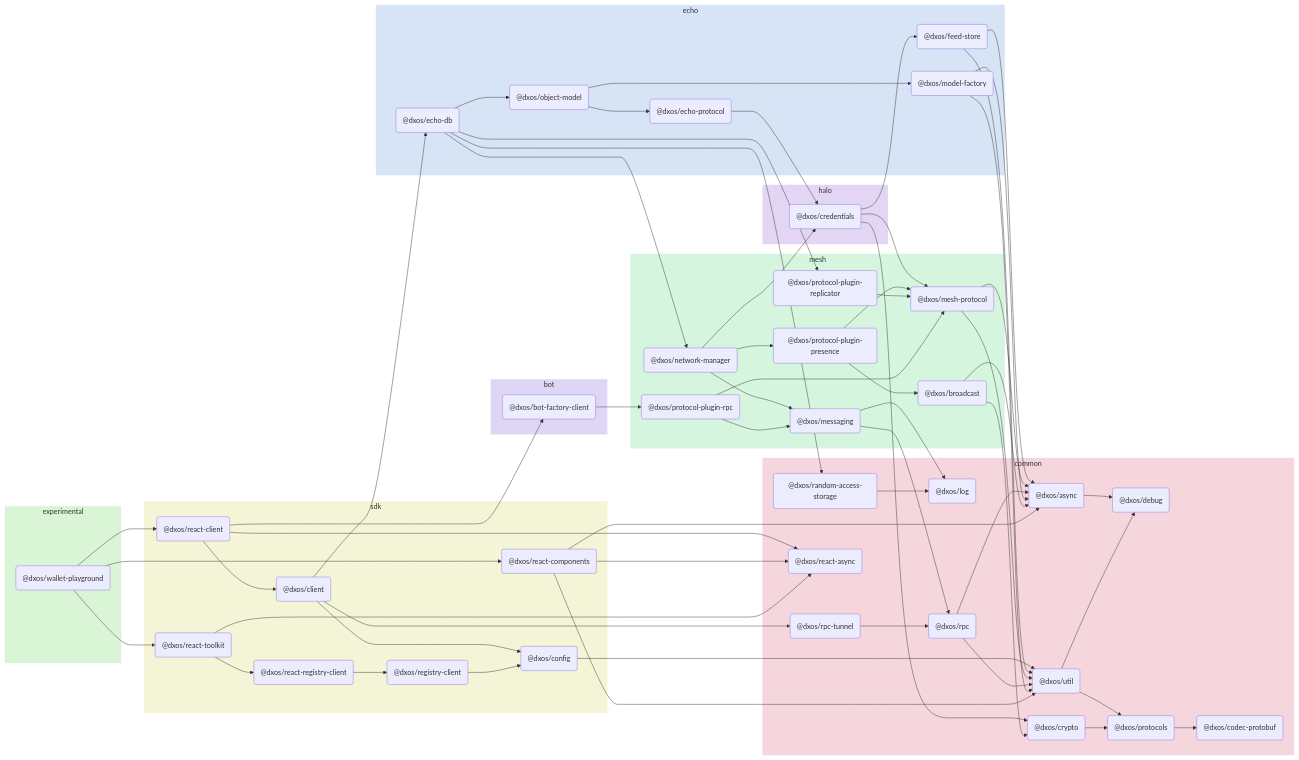
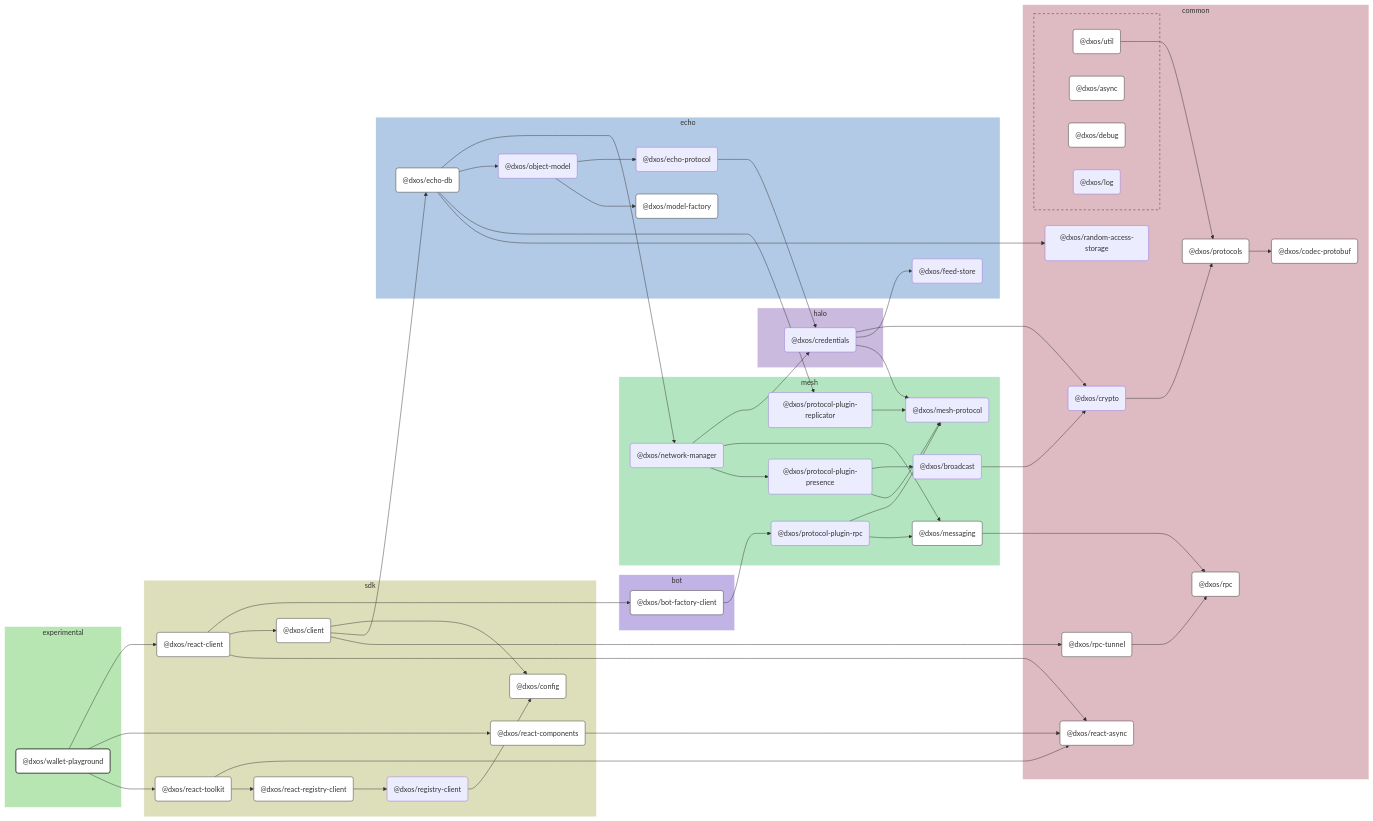
One commit to dxos/dxos changed the diagram in apps/experimental/wallet-playground/docs/README.md. Above: the diagram before and after it, drawn with Mermaid. The commit also changed other lines of this file and 109 other files, not shown here.

````diff
--- a/apps/experimental/wallet-playground/docs/README.md
+++ b/apps/experimental/wallet-playground/docs/README.md
@@ -5,120 +7,167 @@
 ```mermaid
-flowchart LR;
+%%{ init: {'flowchart':{'curve':'basis'}} }%%
 
+flowchart LR
+
+%% Links
+dxos/bot-factory-client --> dxos/protocol-plugin-rpc;
+dxos/broadcast --> dxos/crypto;
+dxos/client --> dxos/config;
+dxos/client --> dxos/echo-db;
+dxos/client --> dxos/rpc-tunnel;
+dxos/credentials --> dxos/crypto;
+dxos/credentials --> dxos/feed-store;
+dxos/credentials --> dxos/mesh-protocol;
+dxos/crypto --> dxos/protocols;
+dxos/echo-db --> dxos/network-manager;
+dxos/echo-db --> dxos/object-model;
+dxos/echo-db --> dxos/protocol-plugin-replicator;
+dxos/echo-db --> dxos/random-access-storage;
+dxos/echo-protocol --> dxos/credentials;
+dxos/messaging --> dxos/rpc;
+dxos/network-manager --> dxos/credentials;
+dxos/network-manager --> dxos/messaging;
+dxos/network-manager --> dxos/protocol-plugin-presence;
+dxos/object-model --> dxos/echo-protocol;
+dxos/object-model --> dxos/model-factory;
+dxos/protocol-plugin-presence --> dxos/broadcast;
+dxos/protocol-plugin-presence --> dxos/mesh-protocol;
+dxos/protocol-plugin-replicator --> dxos/mesh-protocol;
+dxos/protocol-plugin-rpc --> dxos/mesh-protocol;
+dxos/protocol-plugin-rpc --> dxos/messaging;
+dxos/protocols --> dxos/codec-protobuf;
+dxos/react-client --> dxos/bot-factory-client;
+dxos/react-client --> dxos/client;
+dxos/react-client --> dxos/react-async;
+dxos/react-components --> dxos/react-async;
+dxos/react-registry-client --> dxos/registry-client;
+dxos/react-toolkit --> dxos/react-async;
+dxos/react-toolkit --> dxos/react-registry-client;
+dxos/registry-client --> dxos/config;
+dxos/rpc-tunnel --> dxos/rpc;
+dxos/util --> dxos/protocols;
+dxos/wallet-playground --> dxos/react-client;
+dxos/wallet-playground --> dxos/react-components;
+dxos/wallet-playground --> dxos/react-toolkit;
+
+%% Sections
 subgraph experimental
-  style experimental fill:#d9f5d6,stroke:#fff;
-  dxos/wallet-playground("@dxos/wallet-playground");
+  style experimental fill:#b8e6b3,stroke:#fff;
+
+  dxos/wallet-playground("@dxos/wallet-playground")
 end
 
 subgraph sdk
-  style sdk fill:#f4f5d6,stroke:#fff;
-  dxos/client("@dxos/client");
-  dxos/config("@dxos/config");
-  dxos/react-client("@dxos/react-client");
-  dxos/react-components("@dxos/react-components");
-  dxos/react-toolkit("@dxos/react-toolkit");
-  dxos/react-registry-client("@dxos/react-registry-client");
-  dxos/registry-client("@dxos/registry-client");
+  style sdk fill:#dddeba,stroke:#fff;
+
+  dxos/client("@dxos/client")
+  dxos/config("@dxos/config")
+  dxos/react-client("@dxos/react-client")
+  dxos/react-components("@dxos/react-components")
+  dxos/react-registry-client("@dxos/react-registry-client")
+  dxos/react-toolkit("@dxos/react-toolkit")
+  dxos/registry-client("@dxos/registry-client")
 end
 
 subgraph common
-  style common fill:#f5d6dd,stroke:#fff;
-  dxos/async("@dxos/async");
-  dxos/debug("@dxos/debug");
-  dxos/codec-protobuf("@dxos/codec-protobuf");
-  dxos/protocols("@dxos/protocols");
-  dxos/util("@dxos/util");
-  dxos/log("@dxos/log");
-  dxos/crypto("@dxos/crypto");
-  dxos/rpc("@dxos/rpc");
-  dxos/random-access-storage("@dxos/random-access-storage");
-  dxos/rpc-tunnel("@dxos/rpc-tunnel");
-  dxos/react-async("@dxos/react-async");
+  style common fill:#debac2,stroke:#fff;
+
+  dxos/codec-protobuf("@dxos/codec-protobuf")
+  dxos/crypto("@dxos/crypto")
+  dxos/protocols("@dxos/protocols")
+  dxos/random-access-storage("@dxos/random-access-storage")
+  dxos/react-async("@dxos/react-async")
+  dxos/rpc("@dxos/rpc")
+  dxos/rpc-tunnel("@dxos/rpc-tunnel")
+
+  subgraph common-excluded [ ]
+    style common-excluded fill:#debac2,stroke:#333,stroke-dasharray:5 5;
+
+    dxos/async("@dxos/async")
+    dxos/debug("@dxos/debug")
+    dxos/log("@dxos/log")
+    dxos/util("@dxos/util")
+  end
 end
 
 subgraph echo
-  style echo fill:#d6e4f5,stroke:#fff;
-  dxos/echo-db("@dxos/echo-db");
-  dxos/feed-store("@dxos/feed-store");
-  dxos/echo-protocol("@dxos/echo-protocol");
-  dxos/model-factory("@dxos/model-factory");
-  dxos/object-model("@dxos/object-model");
+  style echo fill:#b3cae6,stroke:#fff;
+
+  dxos/echo-db("@dxos/echo-db")
+  dxos/echo-protocol("@dxos/echo-protocol")
+  dxos/feed-store("@dxos/feed-store")
+  dxos/model-factory("@dxos/model-factory")
+  dxos/object-model("@dxos/object-model")
 end
 
 subgraph halo
-  style halo fill:#e3d6f5,stroke:#fff;
-  dxos/credentials("@dxos/credentials");
+  style halo fill:#cabade,stroke:#fff;
+
+  dxos/credentials("@dxos/credentials")
 end
 
 subgraph mesh
-  style mesh fill:#d6f5de,stroke:#fff;
-  dxos/mesh-protocol("@dxos/mesh-protocol");
-  dxos/messaging("@dxos/messaging");
-  dxos/network-manager("@dxos/network-manager");
-  dxos/protocol-plugin-presence("@dxos/protocol-plugin-presence");
-  dxos/broadcast("@dxos/broadcast");
-  dxos/protocol-plugin-replicator("@dxos/protocol-plugin-replicator");
-  dxos/protocol-plugin-rpc("@dxos/protocol-plugin-rpc");
+  style mesh fill:#b3e6c0,stroke:#fff;
+
+  dxos/broadcast("@dxos/broadcast")
+  dxos/mesh-protocol("@dxos/mesh-protocol")
+  dxos/messaging("@dxos/messaging")
+  dxos/network-manager("@dxos/network-manager")
+  dxos/protocol-plugin-presence("@dxos/protocol-plugin-presence")
+  dxos/protocol-plugin-replicator("@dxos/protocol-plugin-replicator")
+  dxos/protocol-plugin-rpc("@dxos/protocol-plugin-rpc")
 end
 
 subgraph bot
-  style bot fill:#dfd6f5,stroke:#fff;
-  dxos/bot-factory-client("@dxos/bot-factory-client");
+  style bot fill:#c2b3e6,stroke:#fff;
+
+  dxos/bot-factory-client("@dxos/bot-factory-client")
 end
 
-dxos/async --> dxos/debug;
-dxos/client --> dxos/config;
-dxos/protocols --> dxos/codec-protobuf;
-dxos/config --> dxos/util;
-dxos/util --> dxos/debug;
-dxos/util --> dxos/protocols;
-dxos/client --> dxos/echo-db;
-dxos/credentials --> dxos/crypto;
-dxos/crypto --> dxos/protocols;
-dxos/credentials --> dxos/feed-store;
-dxos/feed-store --> dxos/async;
-dxos/feed-store --> dxos/util;
-dxos/credentials --> dxos/mesh-protocol;
-dxos/mesh-protocol --> dxos/async;
-dxos/mesh-protocol --> dxos/util;
-dxos/echo-protocol --> dxos/credentials;
-dxos/messaging --> dxos/log;
-dxos/messaging --> dxos/rpc;
-dxos/rpc --> dxos/async;
-dxos/rpc --> dxos/util;
-dxos/model-factory --> dxos/async;
-dxos/model-factory --> dxos/util;
-dxos/echo-db --> dxos/network-manager;
-dxos/network-manager --> dxos/credentials;
-dxos/network-manager --> dxos/messaging;
-dxos/network-manager --> dxos/protocol-plugin-presence;
-dxos/protocol-plugin-presence --> dxos/broadcast;
-dxos/broadcast --> dxos/async;
-dxos/broadcast --> dxos/crypto;
-dxos/protocol-plugin-presence --> dxos/mesh-protocol;
-dxos/echo-db --> dxos/object-model;
-dxos/object-model --> dxos/echo-protocol;
-dxos/object-model --> dxos/model-factory;
-dxos/echo-db --> dxos/protocol-plugin-replicator;
-dxos/protocol-plugin-replicator --> dxos/mesh-protocol;
-dxos/echo-db --> dxos/random-access-storage;
-dxos/random-access-storage --> dxos/log;
-dxos/client --> dxos/rpc-tunnel;
-dxos/rpc-tunnel --> dxos/rpc;
-dxos/wallet-playground --> dxos/react-client;
-dxos/react-client --> dxos/bot-factory-client;
-dxos/bot-factory-client --> dxos/protocol-plugin-rpc;
-dxos/protocol-plugin-rpc --> dxos/messaging;
-dxos/protocol-plugin-rpc --> dxos/mesh-protocol;
-dxos/react-client --> dxos/client;
-dxos/react-client --> dxos/react-async;
-dxos/wallet-playground --> dxos/react-components;
-dxos/react-components --> dxos/async;
-dxos/react-components --> dxos/react-async;
-dxos/react-components --> dxos/util;
-dxos/wallet-playground --> dxos/react-toolkit;
-dxos/react-toolkit --> dxos/react-async;
-dxos/react-toolkit --> dxos/react-registry-client;
-dxos/react-registry-client --> dxos/registry-client;
-dxos/registry-client --> dxos/config;
+
+%% Hyperlinks
+click dxos/async href "https:/github.com/dxos/dxos/tree/main/packages/common/async/docs";
+click dxos/bot-factory-client href "https:/github.com/dxos/dxos/tree/main/packages/bot/bot-factory-client/docs";
+click dxos/client href "https:/github.com/dxos/dxos/tree/main/packages/sdk/client/docs";
+click dxos/codec-protobuf href "https:/github.com/dxos/dxos/tree/main/packages/common/codec-protobuf/docs";
+click dxos/config href "https:/github.com/dxos/dxos/tree/main/packages/sdk/config/docs";
+click dxos/debug href "https:/github.com/dxos/dxos/tree/main/packages/common/debug/docs";
+click dxos/echo-db href "https:/github.com/dxos/dxos/tree/main/packages/echo/echo-db/docs";
+click dxos/messaging href "https:/github.com/dxos/dxos/tree/main/packages/mesh/messaging/docs";
+click dxos/model-factory href "https:/github.com/dxos/dxos/tree/main/packages/echo/model-factory/docs";
+click dxos/protocols href "https:/github.com/dxos/dxos/tree/main/packages/common/protocols/docs";
+click dxos/react-async href "https:/github.com/dxos/dxos/tree/main/packages/common/react-async/docs";
+click dxos/react-client href "https:/github.com/dxos/dxos/tree/main/packages/sdk/react-client/docs";
+click dxos/react-components href "https:/github.com/dxos/dxos/tree/main/packages/sdk/react-components/docs";
+click dxos/react-registry-client href "https:/github.com/dxos/dxos/tree/main/packages/sdk/react-registry-client/docs";
+click dxos/react-toolkit href "https:/github.com/dxos/dxos/tree/main/packages/sdk/react-toolkit/docs";
+click dxos/rpc href "https:/github.com/dxos/dxos/tree/main/packages/common/rpc/docs";
+click dxos/rpc-tunnel href "https:/github.com/dxos/dxos/tree/main/packages/common/rpc-tunnel/docs";
+click dxos/util href "https:/github.com/dxos/dxos/tree/main/packages/common/util/docs";
+
+%% Styles
+classDef rootNode fill:#fff,stroke:#333,stroke-width:2px
+classDef defaultNode fill:#fff,stroke:#333,stroke-width:1px
+linkStyle default stroke:#333,stroke-width:1px
+
+dxos/wallet-playground:::rootNode
+
+dxos/async:::defaultNode
+dxos/bot-factory-client:::defaultNode
+dxos/client:::defaultNode
+dxos/codec-protobuf:::defaultNode
+dxos/config:::defaultNode
+dxos/debug:::defaultNode
+dxos/echo-db:::defaultNode
+dxos/messaging:::defaultNode
+dxos/model-factory:::defaultNode
+dxos/protocols:::defaultNode
+dxos/react-async:::defaultNode
+dxos/react-client:::defaultNode
+dxos/react-components:::defaultNode
+dxos/react-registry-client:::defaultNode
+dxos/react-toolkit:::defaultNode
+dxos/rpc:::defaultNode
+dxos/rpc-tunnel:::defaultNode
+dxos/util:::defaultNode
 ```
````
